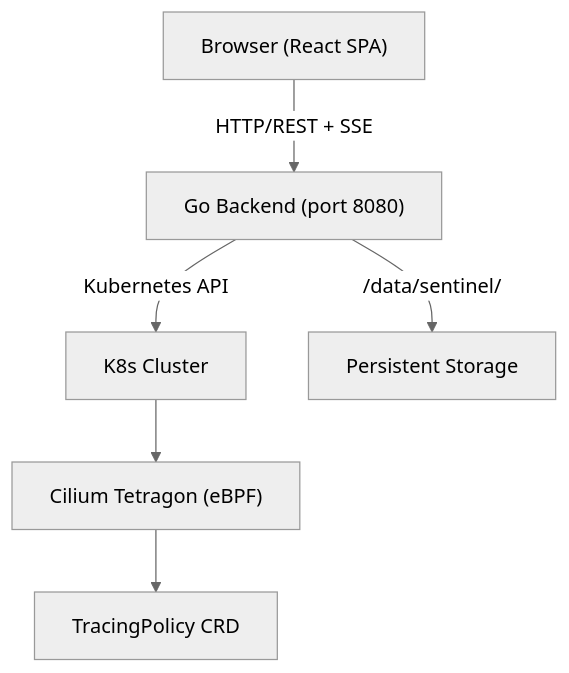
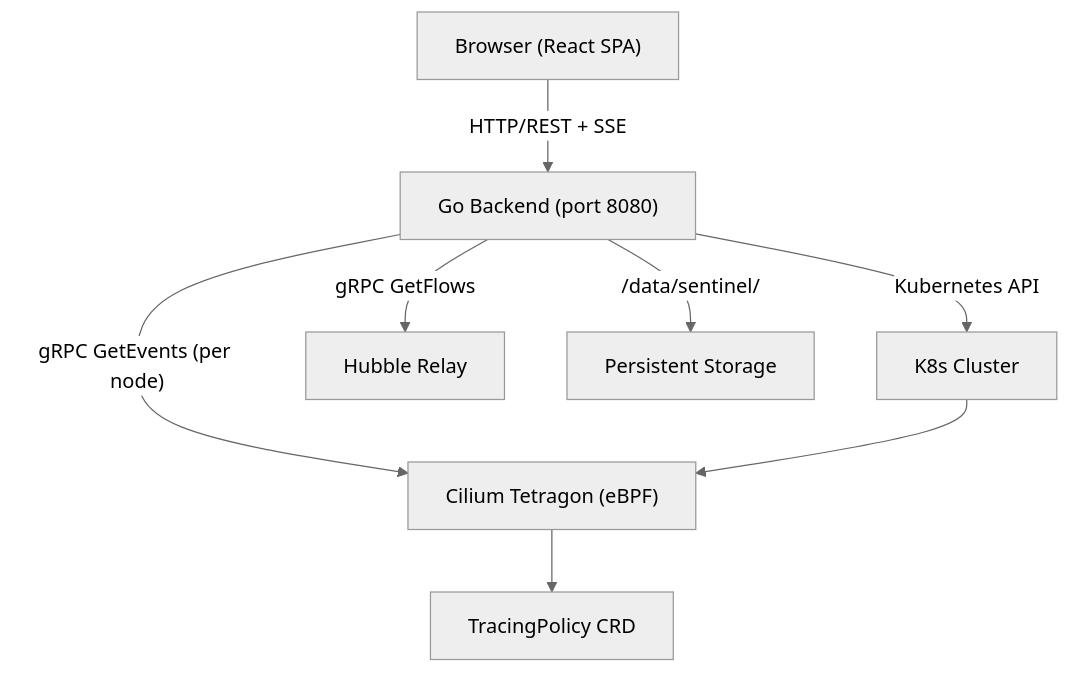
The first of 2 diagrams in i18n/en/docusaurus-plugin-content-docs/current/architecture.md (cooloo9871/Sentinel-doc), drawn with Mermaid (neutral theme) before and after one commit. The commit also changed other lines of this file and 23 other files, not shown here.

````diff
--- a/i18n/en/docusaurus-plugin-content-docs/current/architecture.md
+++ b/i18n/en/docusaurus-plugin-content-docs/current/architecture.md
@@ -13,8 +13,10 @@
 ```mermaid
 graph TD
     A["Browser (React SPA)"] -->|"HTTP/REST + SSE"| B["Go Backend (port 8080)"]
     B -->|"Kubernetes API"| C["K8s Cluster"]
-    C --> D["Cilium Tetragon (eBPF)"]
+    B -->|"gRPC GetEvents (per node)"| D["Cilium Tetragon (eBPF)"]
+    B -->|"gRPC GetFlows"| H["Hubble Relay"]
+    C --> D
     D --> E["TracingPolicy CRD"]
     B -->|"/data/sentinel/"| F["Persistent Storage"]
 ```
````
